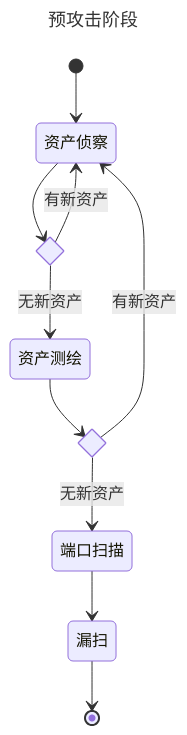
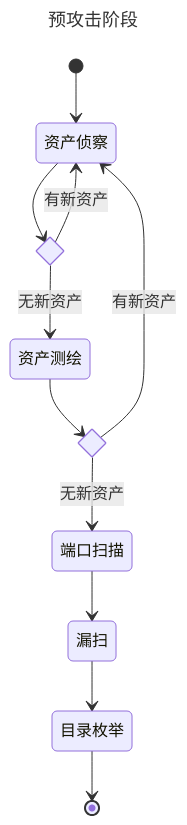
One commit to hangxin1940/bladerazor changed the first of 2 diagrams in README.md. Above: the diagram before and after it, drawn with Mermaid. The commit also changed 7 other files, not shown here.

````diff
--- a/README.md
+++ b/README.md
@@ -41,21 +41,23 @@
 ```mermaid
 ---
 title: 预攻击阶段
 ---
 stateDiagram-v2
     state "资产侦察" as Recon
     state "资产测绘" as AssetMapping
     state "端口扫描" as PortScan
     state "漏扫" as VulScan
+    state "目录枚举" as DirectoryBruteforcing
     state new_recon_assets_state <<choice>>
     state new_mapping_assets_state <<choice>>
     [*] --> Recon
     Recon --> new_recon_assets_state
     new_recon_assets_state --> Recon: 有新资产
     new_recon_assets_state --> AssetMapping: 无新资产
     AssetMapping --> new_mapping_assets_state
     new_mapping_assets_state --> Recon: 有新资产
     new_mapping_assets_state --> PortScan: 无新资产
     PortScan --> VulScan
-    VulScan --> [*]
+    VulScan --> DirectoryBruteforcing
+    DirectoryBruteforcing --> [*]
 ```
````
